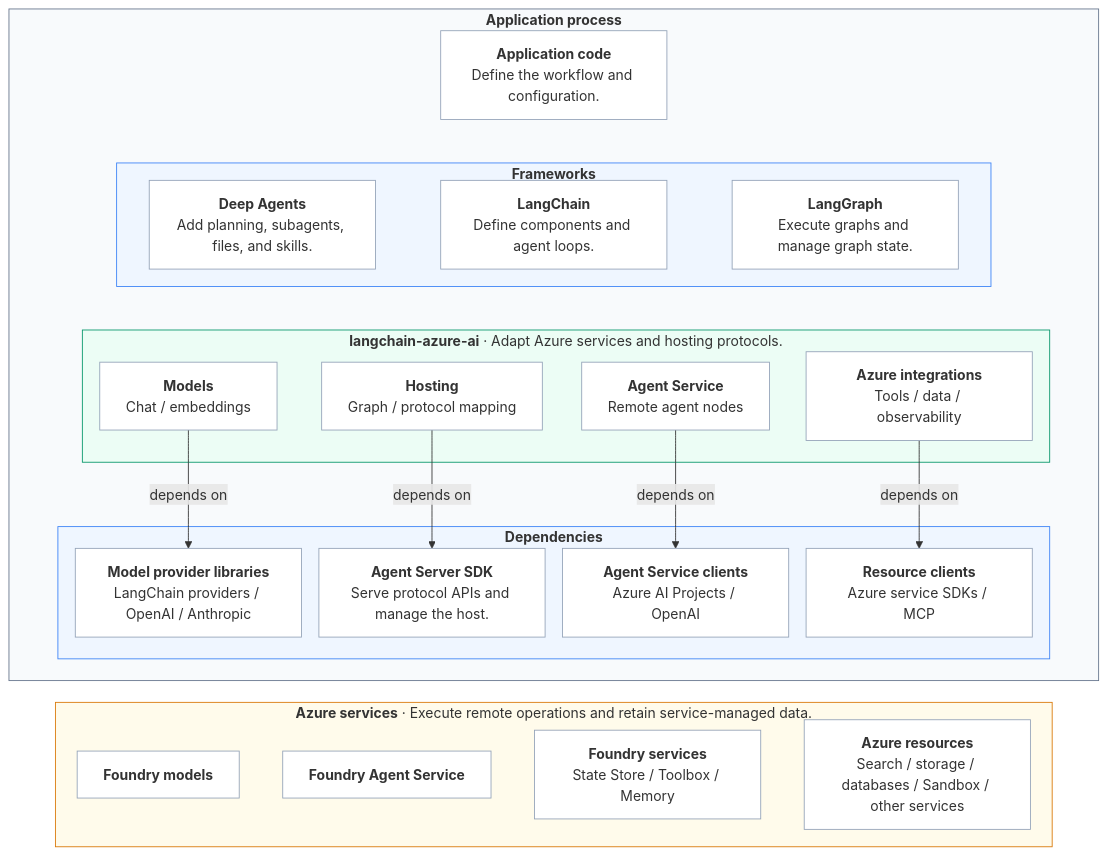
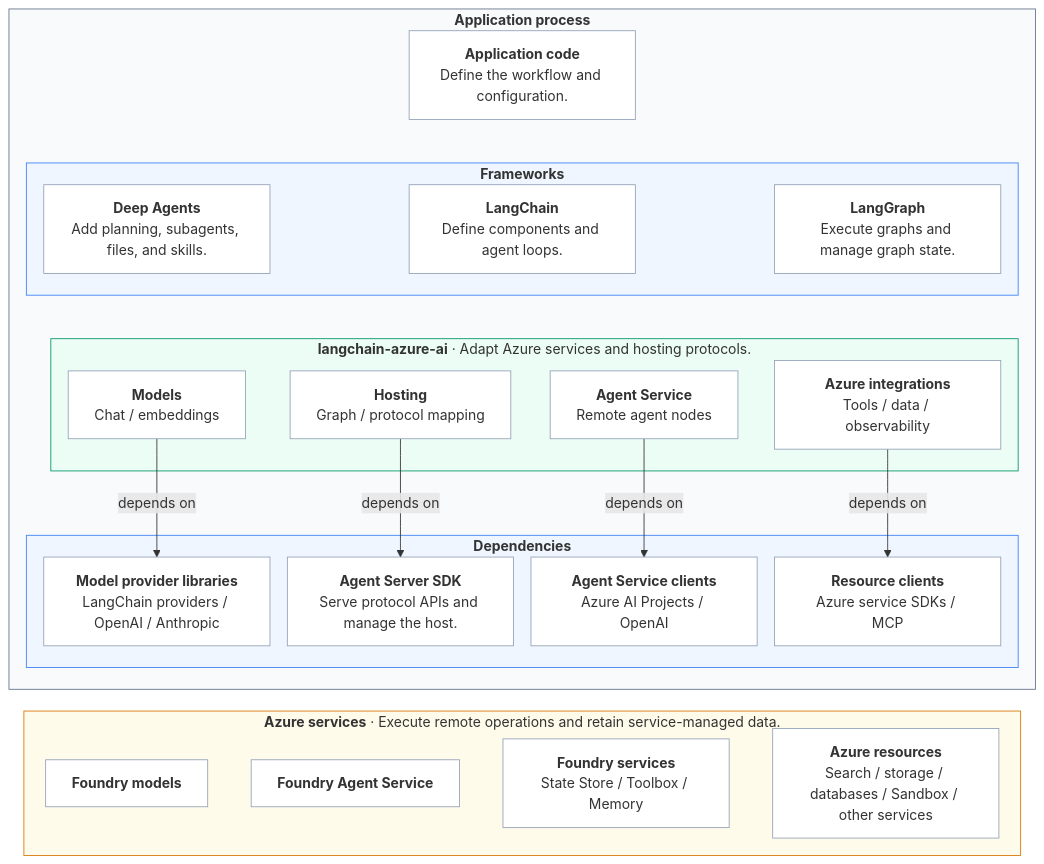
Before and after one commit to herohua/langchain-azure: the first of 3 diagrams in libs/azure-ai/docs/overview.md, drawn with Mermaid. The commit also changed other lines of this file, not shown here.

Commit message:
docs(azure-ai): align framework layer and scope integrations

````diff
--- a/libs/azure-ai/docs/overview.md
+++ b/libs/azure-ai/docs/overview.md
@@ -15,48 +15,48 @@
 ```mermaid
 %%{init: {"flowchart": {"nodeSpacing": 20, "rankSpacing": 25}}}%%
 flowchart TB
     subgraph process["<b>Application process</b>"]
         direction TB
         app["<b>Application code</b><br/>Define the workflow and configuration."]
         subgraph frameworks["<b>Frameworks</b>"]
-            direction LR
             deep["<b>Deep Agents</b><br/>Add planning, subagents, files, and skills."]
             langchain["<b>LangChain</b><br/>Define components and agent loops."]
             langgraph["<b>LangGraph</b><br/>Execute graphs and manage graph state."]
-            deep ~~~ langchain ~~~ langgraph
         end
         subgraph package["<b>langchain-azure-ai</b> · Adapt Azure services and hosting protocols."]
             models["<b>Models</b><br/>Chat / embeddings"]
             hosting["<b>Hosting</b><br/>Graph / protocol mapping"]
             agents["<b>Agent Service</b><br/>Remote agent nodes"]
             integrations["<b>Azure integrations</b><br/>Tools / data / observability"]
         end
         subgraph support["<b>Dependencies</b>"]
             providers["<b>Model provider libraries</b><br/>LangChain providers / OpenAI / Anthropic"]
             server["<b>Agent Server SDK</b><br/>Serve protocol APIs and manage the host."]
             agentClients["<b>Agent Service clients</b><br/>Azure AI Projects / OpenAI"]
             resourceClients["<b>Resource clients</b><br/>Azure service SDKs / MCP"]
         end
-        app ~~~ frameworks
-        frameworks ~~~ models & hosting & agents & integrations
+        app ~~~ deep & langchain & langgraph
+        deep ~~~ models
+        langchain ~~~ hosting & agents
+        langgraph ~~~ integrations
         models -->|depends on| providers
         hosting -->|depends on| server
         agents -->|depends on| agentClients
         integrations -->|depends on| resourceClients
     end
     subgraph remote["<b>Azure services</b> · Execute remote operations and retain service-managed data."]
         direction LR
         foundryModels["<b>Foundry models</b>"]
         foundryAgents["<b>Foundry Agent Service</b>"]
         foundryServices["<b>Foundry services</b><br/>State Store / Toolbox / Memory"]
         azure["<b>Azure resources</b><br/>Search / storage / databases / Sandbox / other services"]
         foundryModels ~~~ foundryAgents ~~~ foundryServices ~~~ azure
     end
     process ~~~ remote
     style process fill:#f8fafc,stroke:#64748b
     style frameworks fill:#eff6ff,stroke:#3b82f6
     style package fill:#ecfdf5,stroke:#059669
     style support fill:#eff6ff,stroke:#3b82f6
     style remote fill:#fffbeb,stroke:#d97706
     classDef default fill:#ffffff,stroke:#94a3b8
 ```
````
